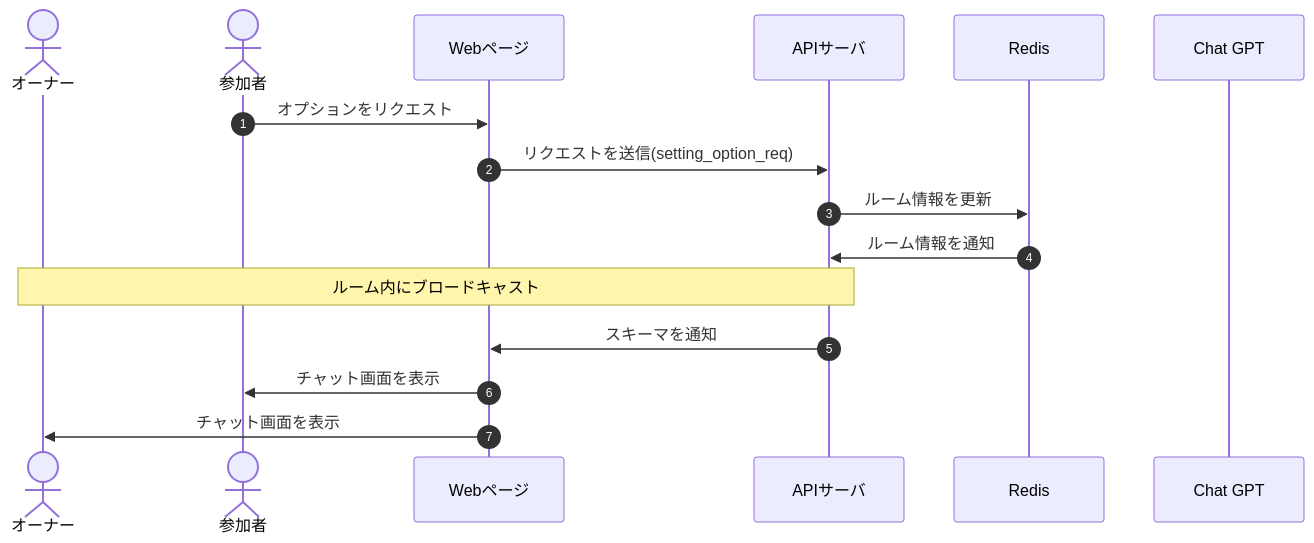
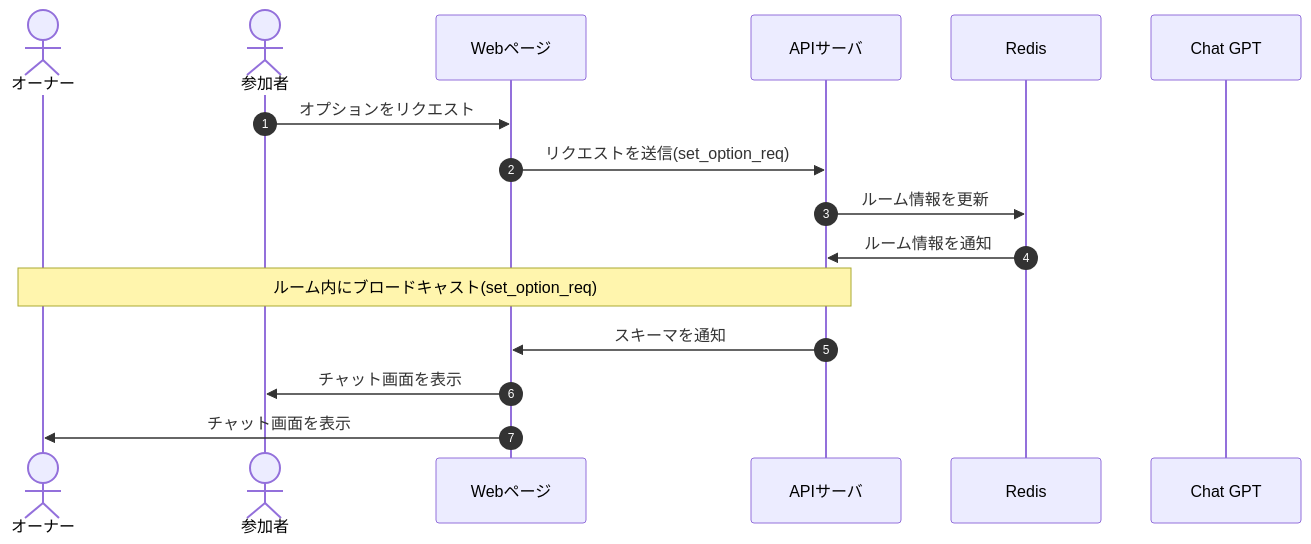
One commit to Tanakaryuki/chat_wolf changed the diagram in docs/DesignDog/05_オプション選択.md. Above: the diagram before and after it, drawn with Mermaid. The commit also changed other lines of this file and 29 other files, not shown here.

````diff
--- a/docs/DesignDog/05_オプション選択.md
+++ b/docs/DesignDog/05_オプション選択.md
@@ -11,19 +11,19 @@
 ```mermaid
 sequenceDiagram
     autonumber
     actor owner as オーナー
     actor participants as 参加者
     participant front as Webページ
     participant api as APIサーバ
     participant db as Redis
     participant ai as Chat GPT
 
     participants->>front: オプションをリクエスト
-    front->>api: リクエストを送信(setting_option_req)
+    front->>api: リクエストを送信(set_option_req)
     api->>db: ルーム情報を更新
     db->>api: ルーム情報を通知
-    Note over owner,api: ルーム内にブロードキャスト
+    Note over owner,api: ルーム内にブロードキャスト(set_option_req)
     api->>front: スキーマを通知
     front->>participants: チャット画面を表示
     front->>owner: チャット画面を表示
 ```
````
